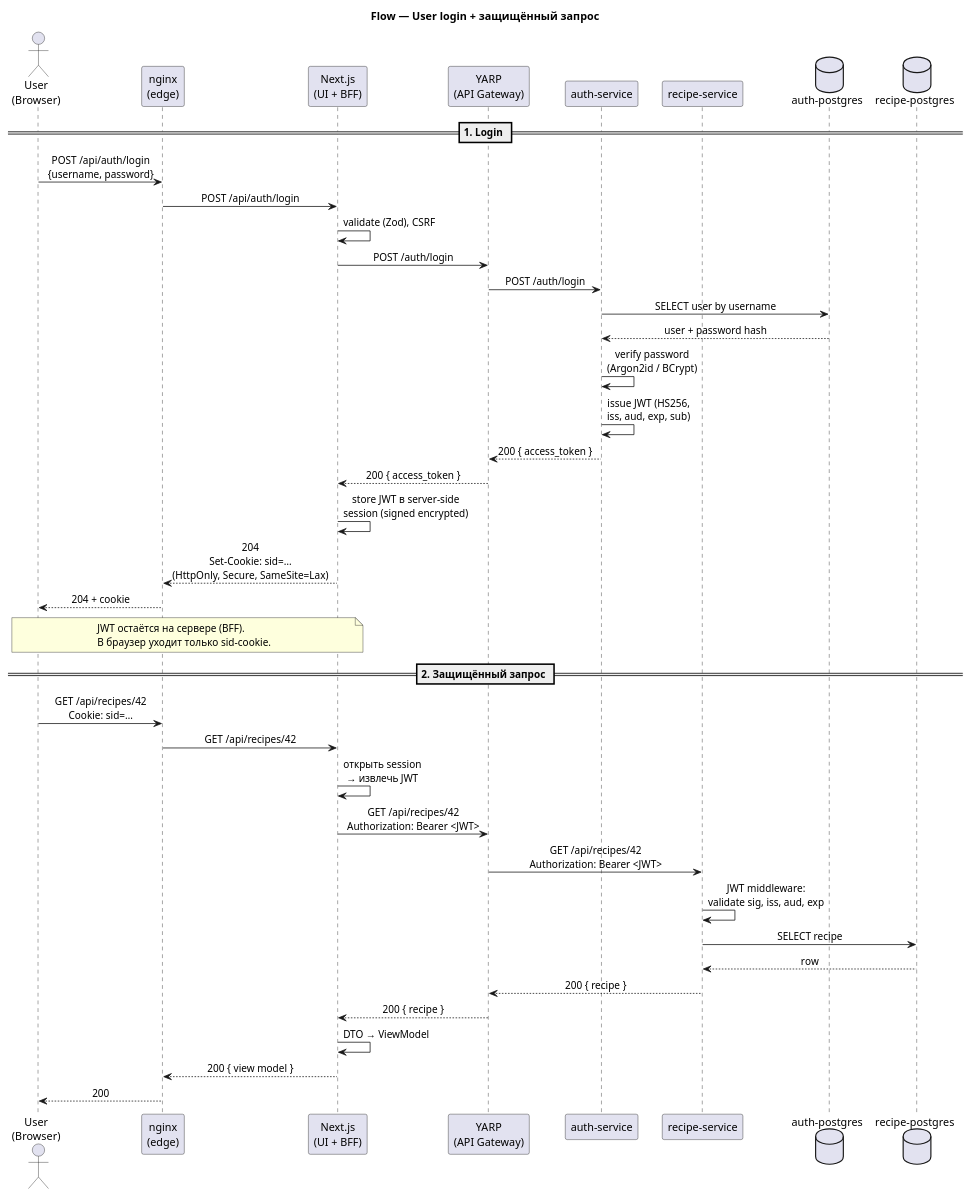
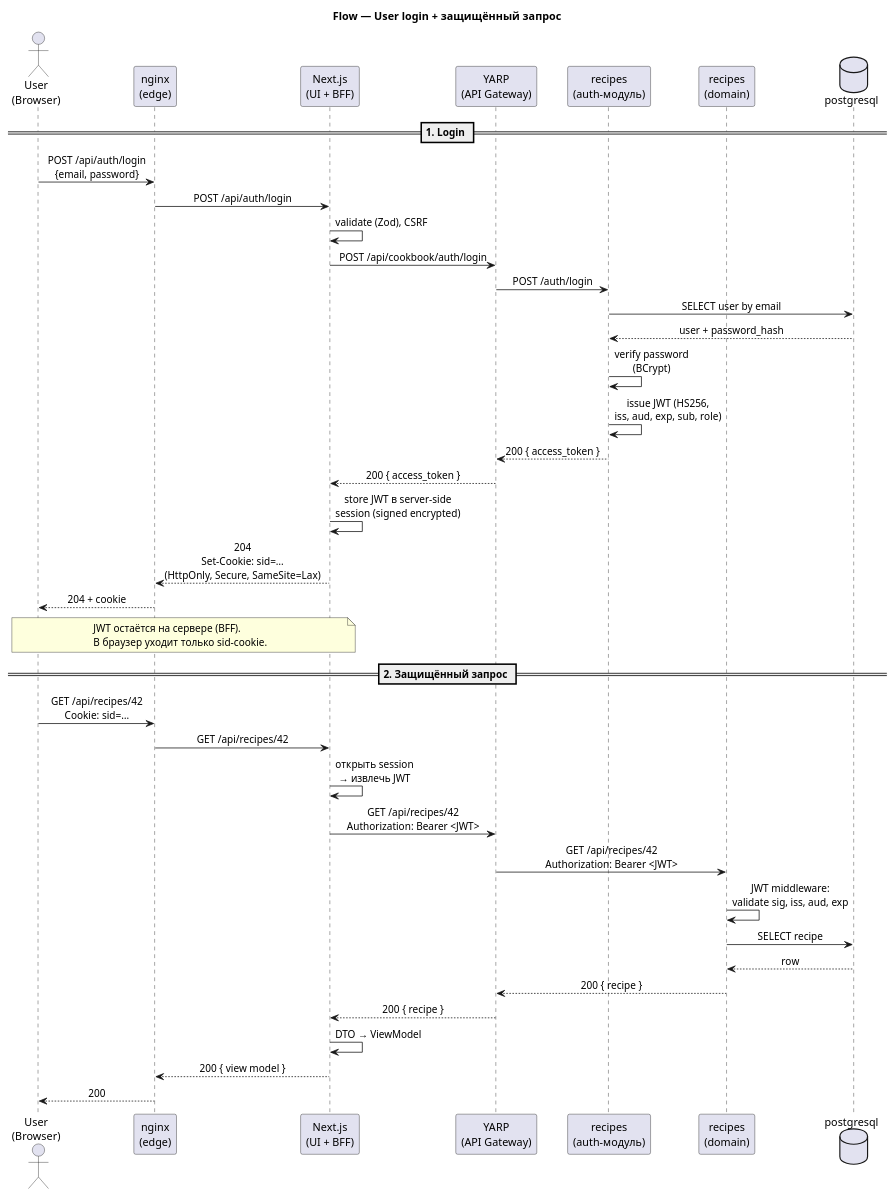
The diagram in docs/architecture/diagrams/flow-user-login.md (pavlovtg/otus-06-cookbook), drawn with PlantUML before and after one commit. The commit also changed other lines of this file and 206 other files, not shown here.

````diff
--- a/docs/architecture/diagrams/flow-user-login.md
+++ b/docs/architecture/diagrams/flow-user-login.md
@@ -11,52 +11,51 @@
 ```plantuml
 @startuml
 title Flow — User login + защищённый запрос
 
 skinparam sequenceMessageAlign center
 skinparam shadowing false
 
 actor "User\n(Browser)" as B
 participant "nginx\n(edge)" as N
 participant "Next.js\n(UI + BFF)" as W
 participant "YARP\n(API Gateway)" as Y
-participant "auth-service" as A
-participant "recipe-service" as R
-database "auth-postgres" as APG
-database "recipe-postgres" as RPG
+participant "recipes\n(auth-модуль)" as A
+participant "recipes\n(domain)" as R
+database "postgresql" as PG
 
 == 1. Login ==
-B -> N: POST /api/auth/login\n{username, password}
+B -> N: POST /api/auth/login\n{email, password}
 N -> W: POST /api/auth/login
 W -> W: validate (Zod), CSRF
-W -> Y: POST /auth/login
+W -> Y: POST /api/cookbook/auth/login
 Y -> A: POST /auth/login
-A -> APG: SELECT user by username
-APG --> A: user + password hash
-A -> A: verify password\n(Argon2id / BCrypt)
-A -> A: issue JWT (HS256,\niss, aud, exp, sub)
+A -> PG: SELECT user by email
+PG --> A: user + password_hash
+A -> A: verify password\n(BCrypt)
+A -> A: issue JWT (HS256,\niss, aud, exp, sub, role)
 A --> Y: 200 { access_token }
 Y --> W: 200 { access_token }
 W -> W: store JWT в server-side\nsession (signed encrypted)
 W --> N: 204\nSet-Cookie: sid=…\n(HttpOnly, Secure, SameSite=Lax)
 N --> B: 204 + cookie
 note over B,W
   JWT остаётся на сервере (BFF).
   В браузер уходит только sid-cookie.
 end note
 
 == 2. Защищённый запрос ==
 B -> N: GET /api/recipes/42\nCookie: sid=…
 N -> W: GET /api/recipes/42
 W -> W: открыть session\n→ извлечь JWT
 W -> Y: GET /api/recipes/42\nAuthorization: Bearer <JWT>
 Y -> R: GET /api/recipes/42\nAuthorization: Bearer <JWT>
 R -> R: JWT middleware:\nvalidate sig, iss, aud, exp
-R -> RPG: SELECT recipe
-RPG --> R: row
+R -> PG: SELECT recipe
+PG --> R: row
 R --> Y: 200 { recipe }
 Y --> W: 200 { recipe }
 W -> W: DTO → ViewModel
 W --> N: 200 { view model }
 N --> B: 200
 @enduml
 ```
````
